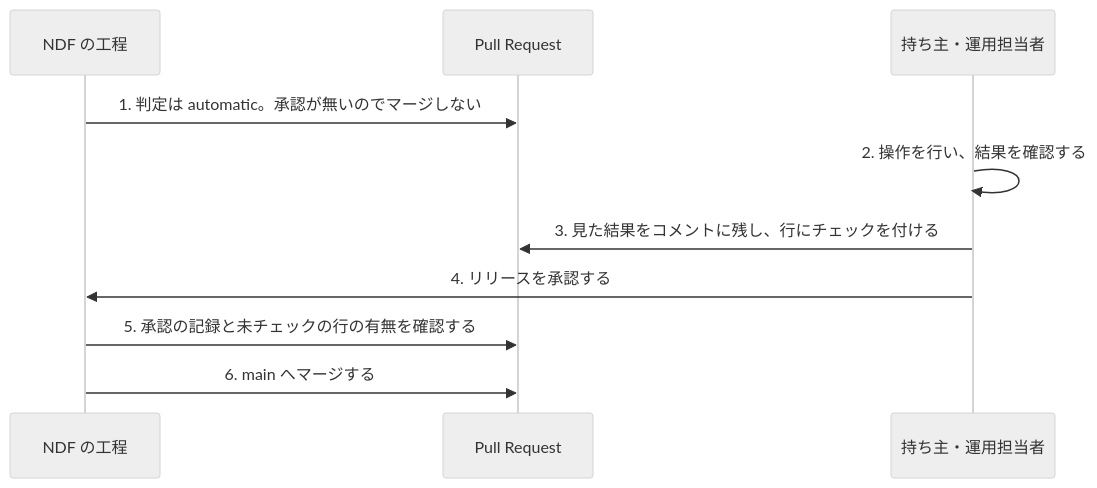
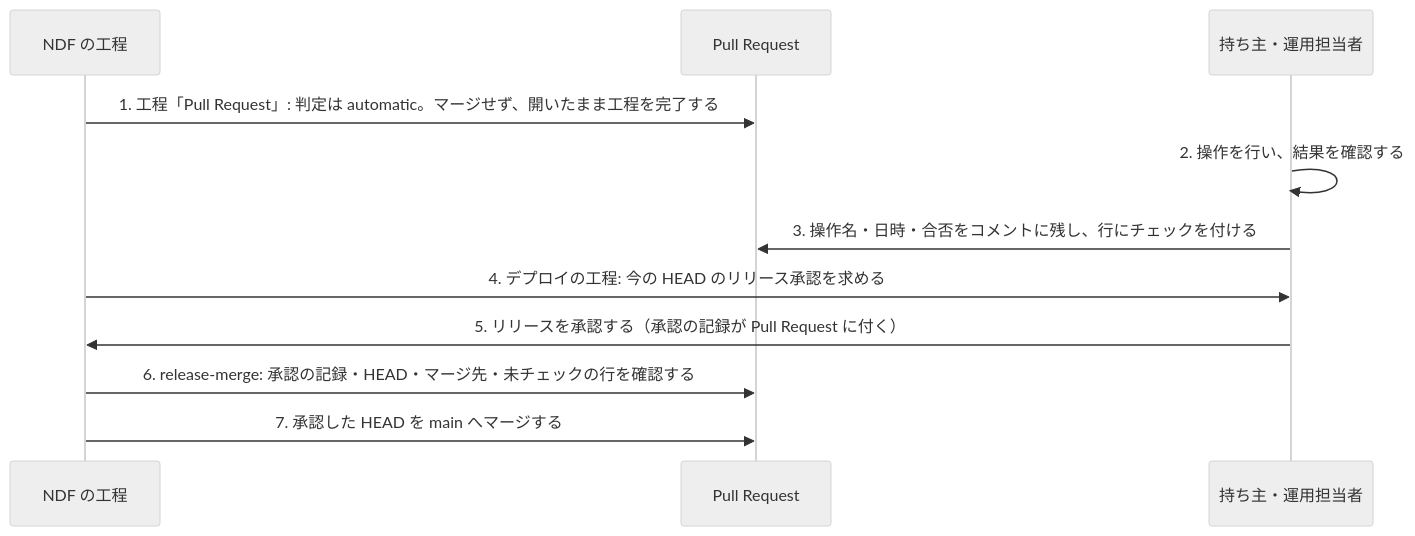
The third of 3 diagrams in issues/issue-166-design.md (devbasex/nd-factory), drawn with Mermaid (neutral theme) before and after one commit. The commit also changed other lines of this file and 1 other file, not shown here.

````diff
--- a/issues/issue-166-design.md
+++ b/issues/issue-166-design.md
@@ -55,12 +57,13 @@
 ```mermaid
 sequenceDiagram
     participant N as NDF の工程
     participant PR as Pull Request
     participant H as 持ち主・運用担当者
-    N->>PR: 1. 判定は automatic。承認が無いのでマージしない
+    N->>PR: 1. 工程「Pull Request」: 判定は automatic。マージせず、開いたまま工程を完了する
     H->>H: 2. 操作を行い、結果を確認する
-    H->>PR: 3. 見た結果をコメントに残し、行にチェックを付ける
-    H->>N: 4. リリースを承認する
-    N->>PR: 5. 承認の記録と未チェックの行の有無を確認する
-    N->>PR: 6. main へマージする
+    H->>PR: 3. 操作名・日時・合否をコメントに残し、行にチェックを付ける
+    N->>H: 4. デプロイの工程: 今の HEAD のリリース承認を求める
+    H->>N: 5. リリースを承認する（承認の記録が Pull Request に付く）
+    N->>PR: 6. release-merge: 承認の記録・HEAD・マージ先・未チェックの行を確認する
+    N->>PR: 7. 承認した HEAD を main へマージする
 ```
````
